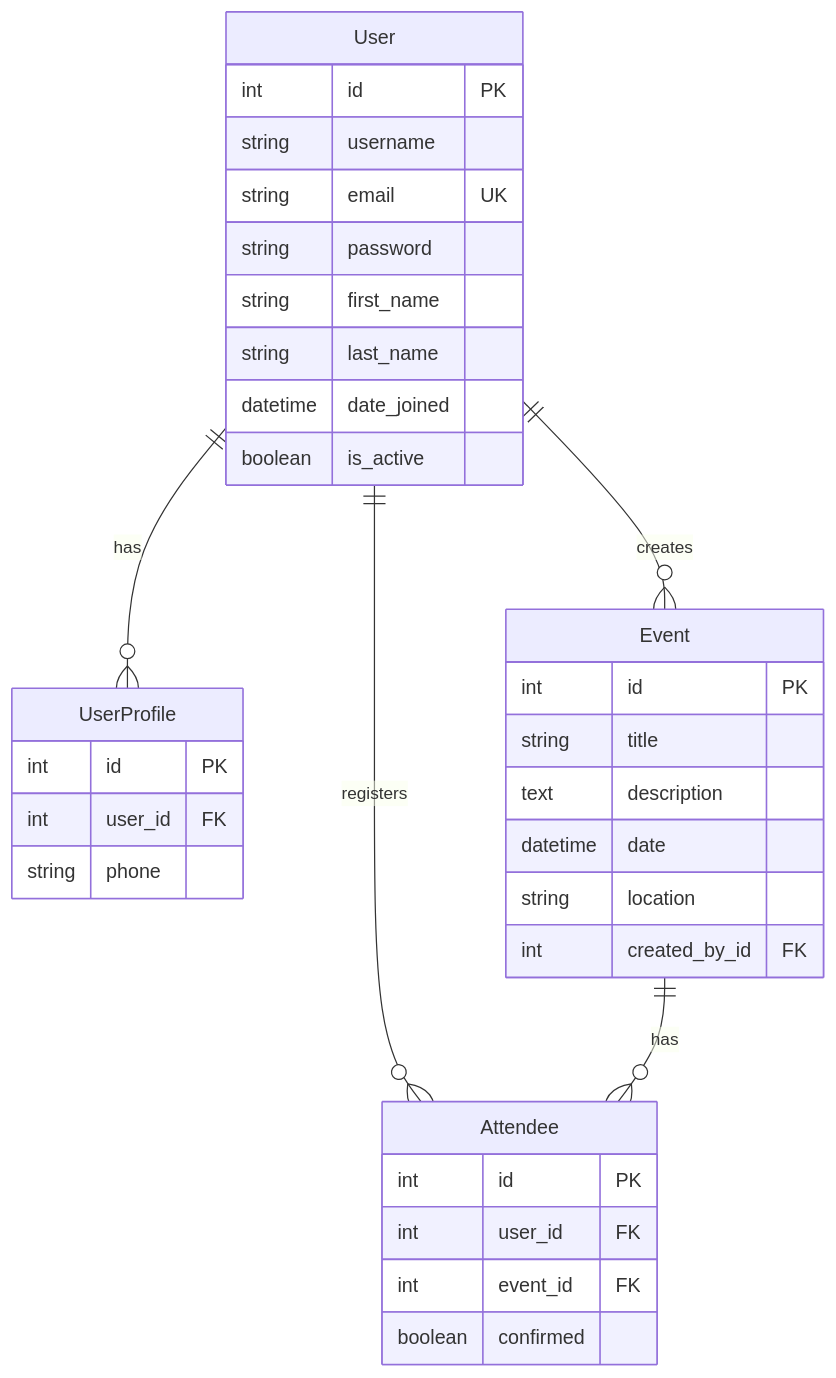
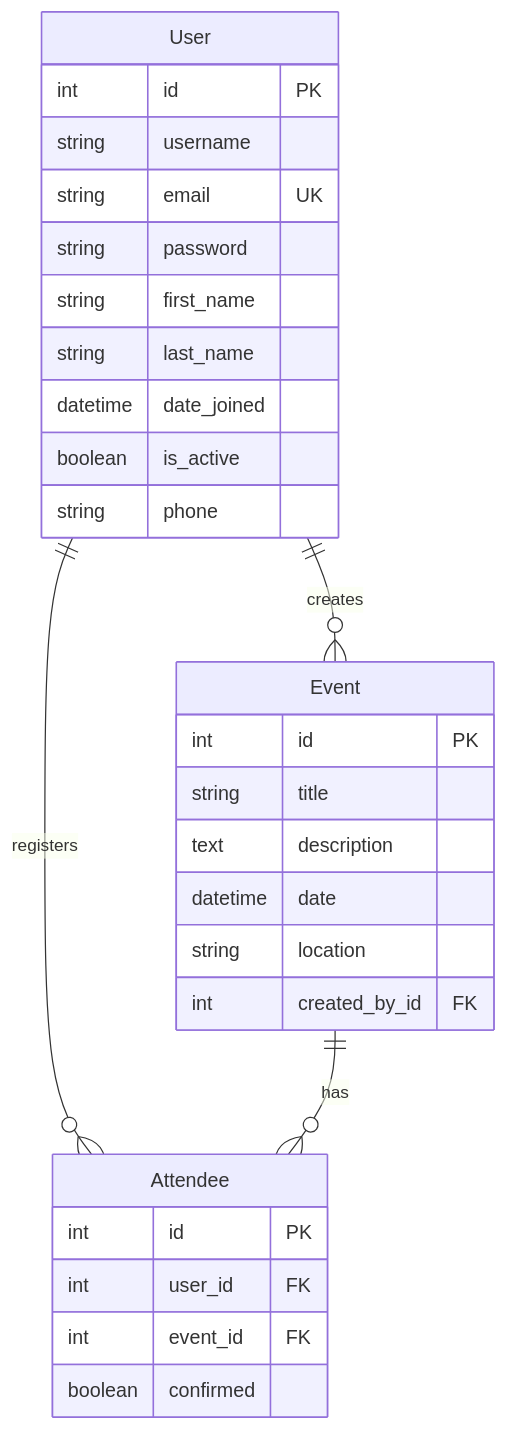
Before and after one commit to m-alhamry/Event-Planner-BE: the diagram in README.md, drawn with Mermaid. The commit also changed other lines of this file, not shown here.

````diff
--- a/README.md
+++ b/README.md
@@ -19,40 +19,34 @@
 ```mermaid
 erDiagram
-    User ||--o{ UserProfile : has
     User ||--o{ Event : creates
     User ||--o{ Attendee : registers
     Event ||--o{ Attendee : has
     
     User {
         int id PK
         string username
         string email UK
         string password
         string first_name
         string last_name
         datetime date_joined
         boolean is_active
-    }
-    
-    UserProfile {
-        int id PK
-        int user_id FK
         string phone
     }
     
     Event {
         int id PK
         string title
         text description
         datetime date
         string location
         int created_by_id FK
     }
     
     Attendee {
         int id PK
         int user_id FK
         int event_id FK
         boolean confirmed
     }
 ```
````
